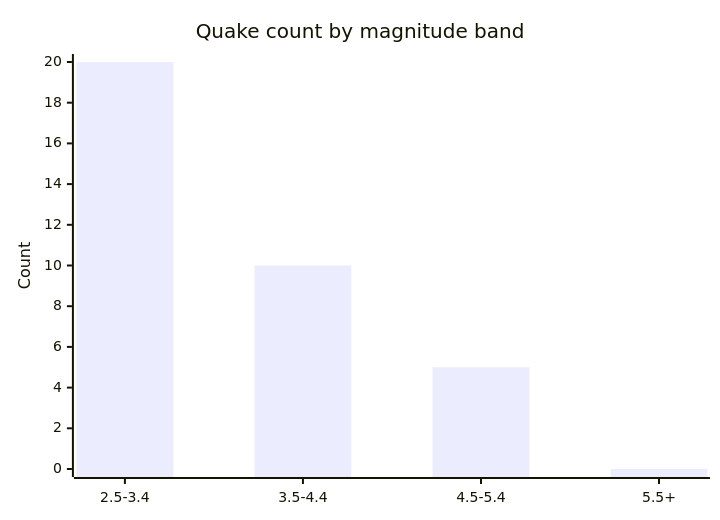
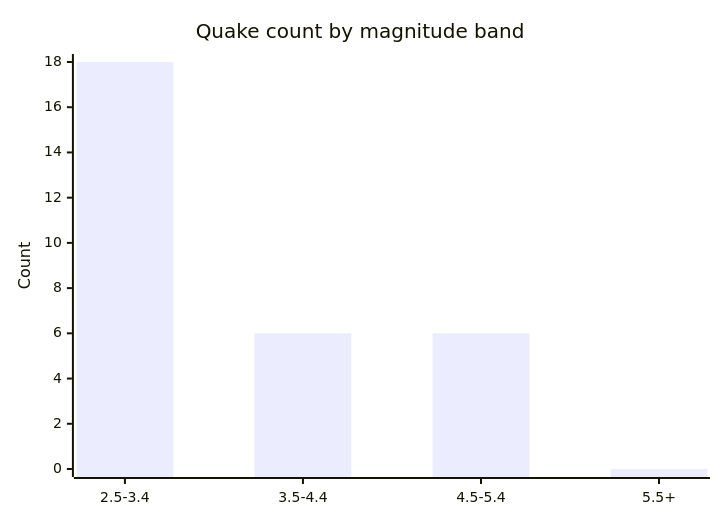
One commit to Midwest-Stratospheric/aerostratospheric-defense-gir changed the fifth of 6 diagrams in docs/GRAPHS.md. Above: the diagram before and after it, drawn with Mermaid. The commit also changed other lines of this file and 25 other files, not shown here.

````diff
--- a/docs/GRAPHS.md
+++ b/docs/GRAPHS.md
@@ -82,7 +82,7 @@
 ```mermaid
 xychart-beta
   title "Quake count by magnitude band"
   x-axis ["2.5-3.4", "3.5-4.4", "4.5-5.4", "5.5+"]
-  y-axis "Count" 0 --> 20
-  bar [20, 10, 5, 0]
+  y-axis "Count" 0 --> 18
+  bar [18, 6, 6, 0]
 ```
````
